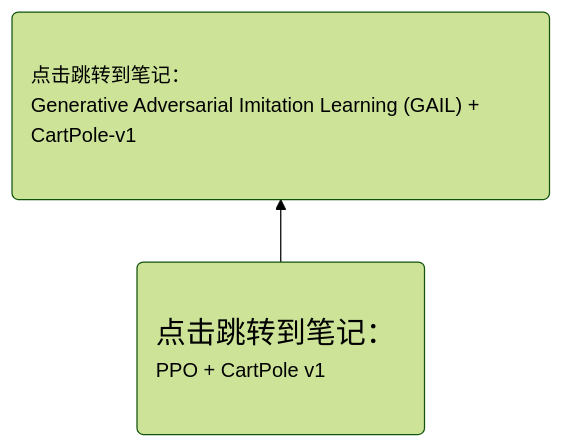
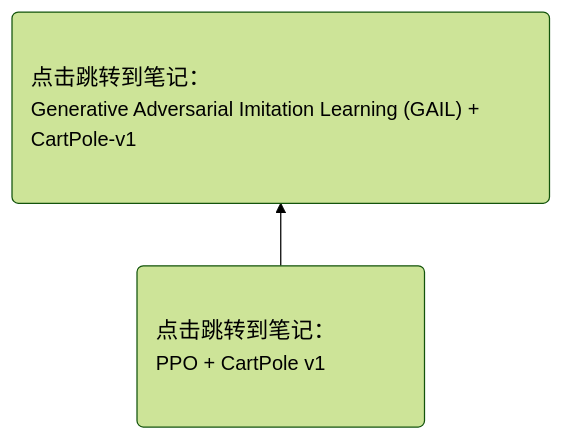
The diagram in 笔记封存/test.md (Gaoshu-root/Code-related-courses), drawn with Mermaid (forest theme) before and after one commit.

````diff
--- a/笔记封存/test.md
+++ b/笔记封存/test.md
@@ -2,11 +2,11 @@
 ```mermaid
 graph BT
     classDef wide2 padding:400px;
     classDef wide1 padding:200px;
-    P1("<div style='text-align:left'><font size="5">点击跳转到笔记：</font><br>PPO + CartPole v1</div>") --> P2("<div style='text-align:left'>点击跳转到笔记：<br>Generative Adversarial Imitation Learning (GAIL) + CartPole-v1</div>")
+    P1("<div style='text-align:left'><font size="4">点击跳转到笔记：</font><br>PPO + CartPole v1</div>") --> P2("<div style='text-align:left'><font size="4">点击跳转到笔记：</font><br>Generative Adversarial Imitation Learning (GAIL) + CartPole-v1</div>")
     class P1 wide1
     class P2 wide2
     click P1 "https://github.com/Gaoshu-root/Code-related-courses/blob/main/RL2024/PPO_%2B_CartPole_v1_.ipynb" _blank
     click P2 "https://github.com/Gaoshu-root/Code-related-courses/blob/main/RL2024/Generative%20Adversarial%20Imitation%20Learning(GAIL)/Generative%20Adversarial%20Imitation%20Learning%20(GAIL)%20%2B%20CartPole-v1%20.ipynb" _blank
 
 ```
````
